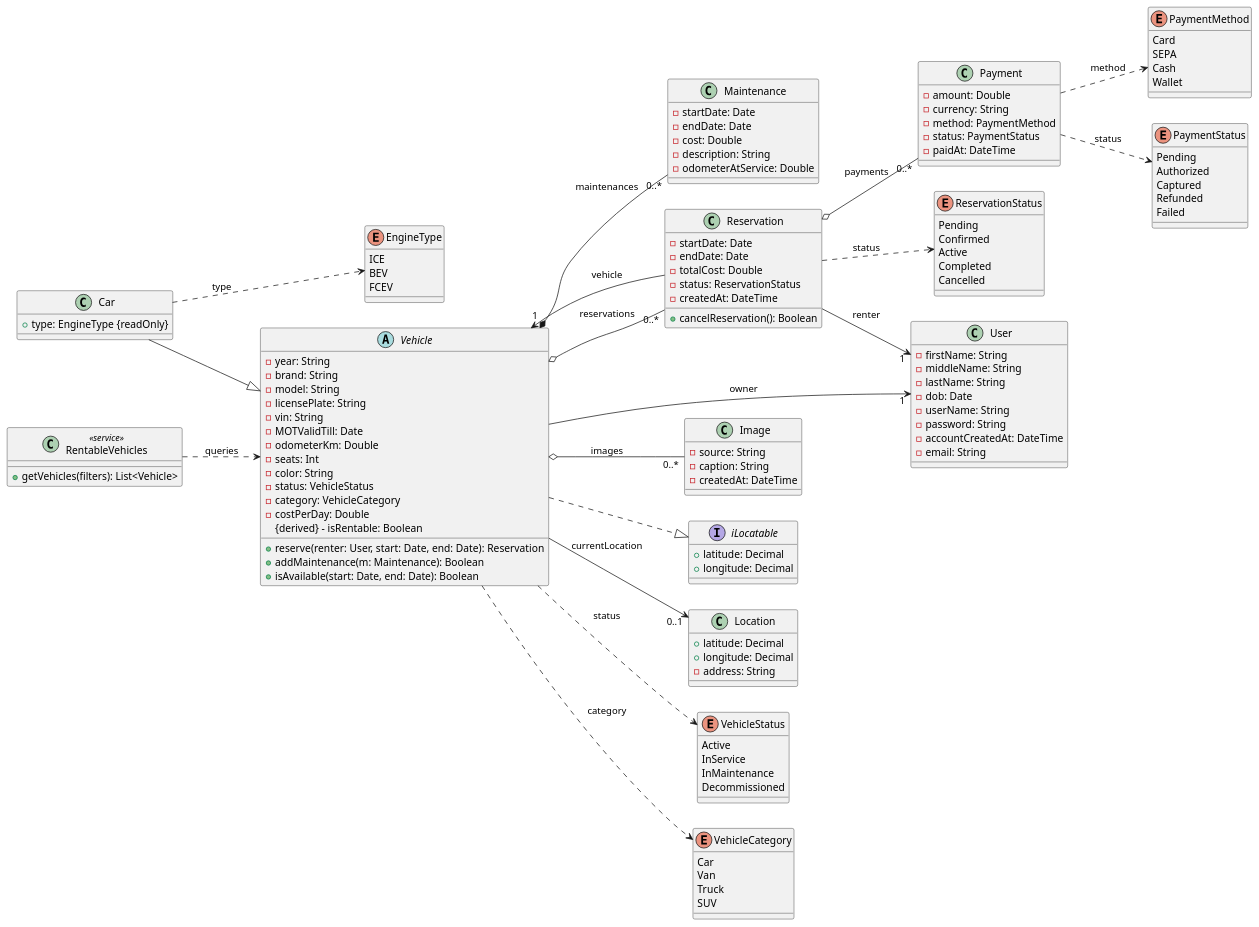
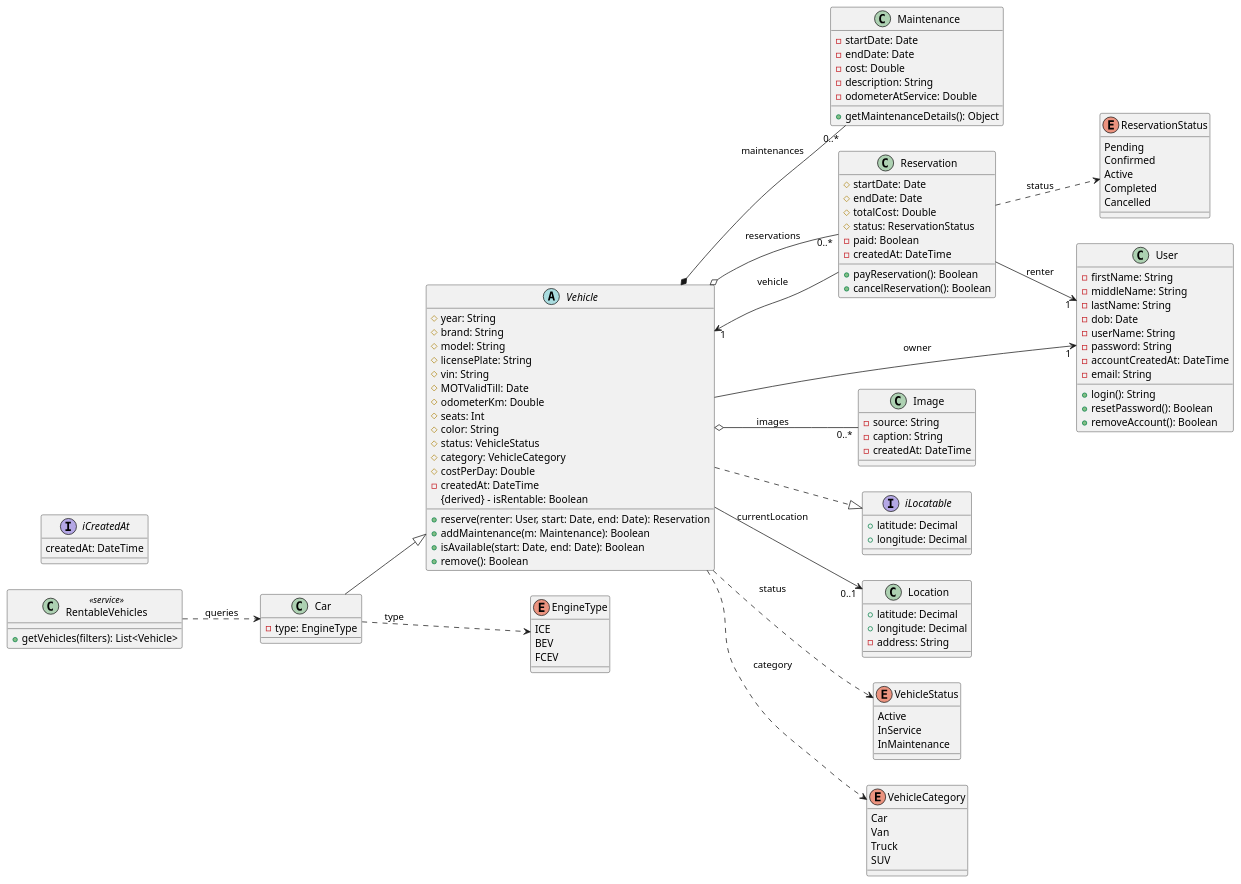
Before and after one commit to Giovanni-Schroevers/vroomly: the diagram in uml/vroomly.puml, drawn with PlantUML.

Commit message:
improve class diagram

```diff
--- a/uml/vroomly.puml
+++ b/uml/vroomly.puml
@@ -2,162 +2,150 @@
 @startuml
 left to right direction
 'skinparam classAttributeIconSize 0
 
 '========================
 ' Core domain
 '========================
 abstract class Vehicle {
-  - year: String
-  - brand: String
-  - model: String
-  - licensePlate: String
-  - vin: String
-  - MOTValidTill: Date
-  - odometerKm: Double
-  - seats: Int
-  - color: String
-  - status: VehicleStatus
-  - category: VehicleCategory
-  - costPerDay: Double
+  # year: String
+  # brand: String
+  # model: String
+  # licensePlate: String
+  # vin: String
+  # MOTValidTill: Date
+  # odometerKm: Double
+  # seats: Int
+  # color: String
+  # status: VehicleStatus
+  # category: VehicleCategory
+  # costPerDay: Double
+'  Replace for interface
+  - createdAt: DateTime
   {derived} - isRentable: Boolean
   + reserve(renter: User, start: Date, end: Date): Reservation
   + addMaintenance(m: Maintenance): Boolean
   + isAvailable(start: Date, end: Date): Boolean
+  + remove(): Boolean
 }
 
 class Car {
-  + type: EngineType {readOnly}
+  - type: EngineType
 }
 
 class Maintenance {
   - startDate: Date
   - endDate: Date
   - cost: Double
   - description: String
   - odometerAtService: Double
+  + getMaintenanceDetails(): Object
 }
 
 class Reservation {
-  - startDate: Date
-  - endDate: Date
-  - totalCost: Double
-  - status: ReservationStatus
+  # startDate: Date
+  # endDate: Date
+  # totalCost: Double
+  # status: ReservationStatus
+  - paid: Boolean
+'  Replace for interface
   - createdAt: DateTime
+  + payReservation(): Boolean
   + cancelReservation(): Boolean
 }
 
 class User {
   - firstName: String
   - middleName: String
   - lastName: String
   - dob: Date
   - userName: String
   - password: String
+'  Replace for interface
   - accountCreatedAt: DateTime
   - email: String
+  + login(): String
+  + resetPassword(): Boolean
+  + removeAccount(): Boolean
 }
 
 class Image {
   - source: String
   - caption: String
   - createdAt: DateTime
 }
 
-class Payment {
-  - amount: Double
-  - currency: String
-  - method: PaymentMethod
-  - status: PaymentStatus
-  - paidAt: DateTime
-}
-
 interface iLocatable {
   + latitude: Decimal
   + longitude: Decimal
+}
+
+interface iCreatedAt {
+    createdAt: DateTime
 }
 
 class RentableVehicles <<service>> {
   + getVehicles(filters): List<Vehicle>
 }
 
 class Location {
   + latitude: Decimal
   + longitude: Decimal
   - address: String
 }
 
 '========================
 ' Enums
 '========================
 enum EngineType {
   ICE
   BEV
   FCEV
 }
 
 enum VehicleStatus {
   Active
   InService
   InMaintenance
-  Decommissioned
 }
 
 enum VehicleCategory {
   Car
   Van
   Truck
   SUV
 }
 
 enum ReservationStatus {
   Pending
   Confirmed
   Active
   Completed
   Cancelled
 }
 
-enum PaymentMethod {
-  Card
-  SEPA
-  Cash
-  Wallet
-}
-
-enum PaymentStatus {
-  Pending
-  Authorized
-  Captured
-  Refunded
-  Failed
-}
-
 '========================
 ' Associations (lines)
 '========================
 Car --|> Vehicle
 Car ..> EngineType : type
 
 Vehicle *-- "0..*" Maintenance : maintenances
 Vehicle o-- "0..*" Reservation : reservations
 Vehicle o-- "0..*" Image : images
 Vehicle --> "1" User : owner
 Vehicle ..|> iLocatable
 Vehicle --> "0..1" Location : currentLocation
 
 Reservation --> "1" Vehicle : vehicle
 Reservation --> "1" User : renter
-Reservation o-- "0..*" Payment : payments
 
-RentableVehicles ..> Vehicle : queries
+RentableVehicles ..> Car : queries
 
 '========================
 ' Enum dependencies (lines from classes to enums)
 '========================
 Vehicle ..> VehicleStatus : status
 Vehicle ..> VehicleCategory : category
 Reservation ..> ReservationStatus : status
-Payment ..> PaymentMethod : method
-Payment ..> PaymentStatus : status
 
 @enduml
```
